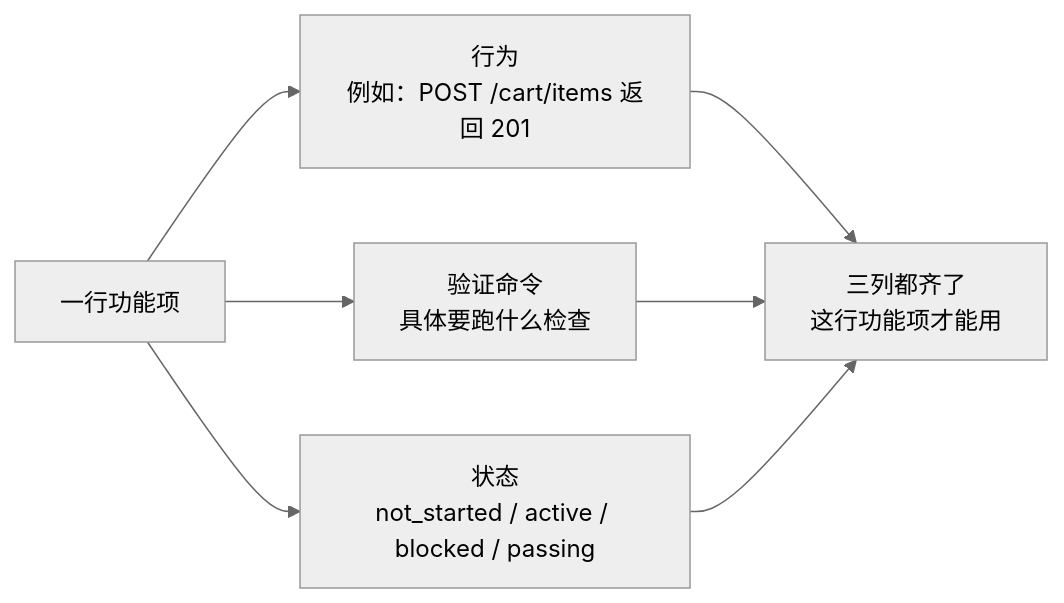
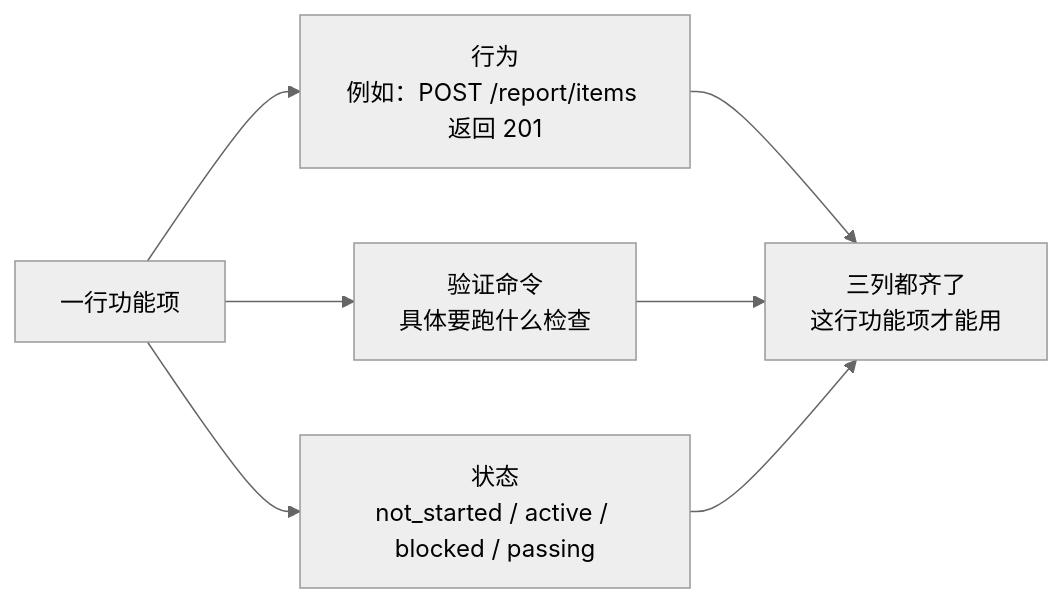
The first of 2 diagrams in docs/zh/lectures/lecture-08-why-feature-lists-are-harness-primitives/index.md (walkinglabs/learn-harness-engineering), drawn with Mermaid (neutral theme) before and after one commit. The commit also changed other lines of this file and 1324 other files, not shown here.

````diff
--- a/docs/zh/lectures/lecture-08-why-feature-lists-are-harness-primitives/index.md
+++ b/docs/zh/lectures/lecture-08-why-feature-lists-are-harness-primitives/index.md
@@ -32,10 +32,10 @@
 ```mermaid
 flowchart LR
-    Feature["一行功能项"] --> Behavior["行为<br/>例如：POST /cart/items 返回 201"]
+    Feature["一行功能项"] --> Behavior["行为<br/>例如：POST /report/items 返回 201"]
     Feature --> Check["验证命令<br/>具体要跑什么检查"]
     Feature --> State["状态<br/>not_started / active / blocked / passing"]
 
     Behavior --> Complete["三列都齐了<br/>这行功能项才能用"]
     Check --> Complete
     State --> Complete
 ```
````
